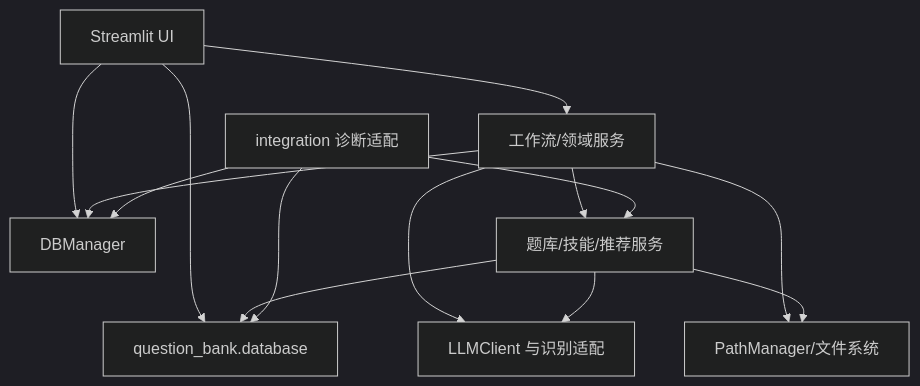
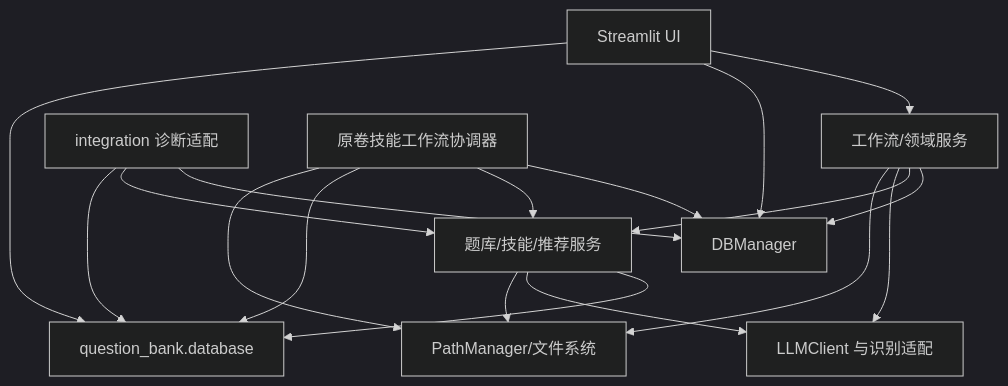
Before and after one commit to Hineni412/ai-grading-system-workstation: the second of 5 diagrams in ARCHITECTURE.md, drawn with Mermaid (dark theme). The commit also changed other lines of this file and 1 other file, not shown here.

Commit message:
docs: document grading paper skill workflow

````diff
--- a/ARCHITECTURE.md
+++ b/ARCHITECTURE.md
@@ -129,19 +134,24 @@
 ```mermaid
 flowchart TD
     UI["Streamlit UI"] --> Workflow["工作流/领域服务"]
     UI --> GradingData["DBManager"]
     UI --> BankData["question_bank.database"]
 
     Workflow --> GradingData
     Workflow --> BankServices["题库/技能/推荐服务"]
     Workflow --> LLM["LLMClient 与识别适配"]
     Workflow --> Paths["PathManager/文件系统"]
 
     BankServices --> BankData
     BankServices --> LLM
     BankServices --> Paths
 
     Integration["integration 诊断适配"] --> GradingData
     Integration --> BankServices
     Integration --> BankData
+
+    PaperWorkflow["原卷技能工作流协调器"] --> GradingData
+    PaperWorkflow --> BankServices
+    PaperWorkflow --> BankData
+    PaperWorkflow --> Paths
 ```
````
